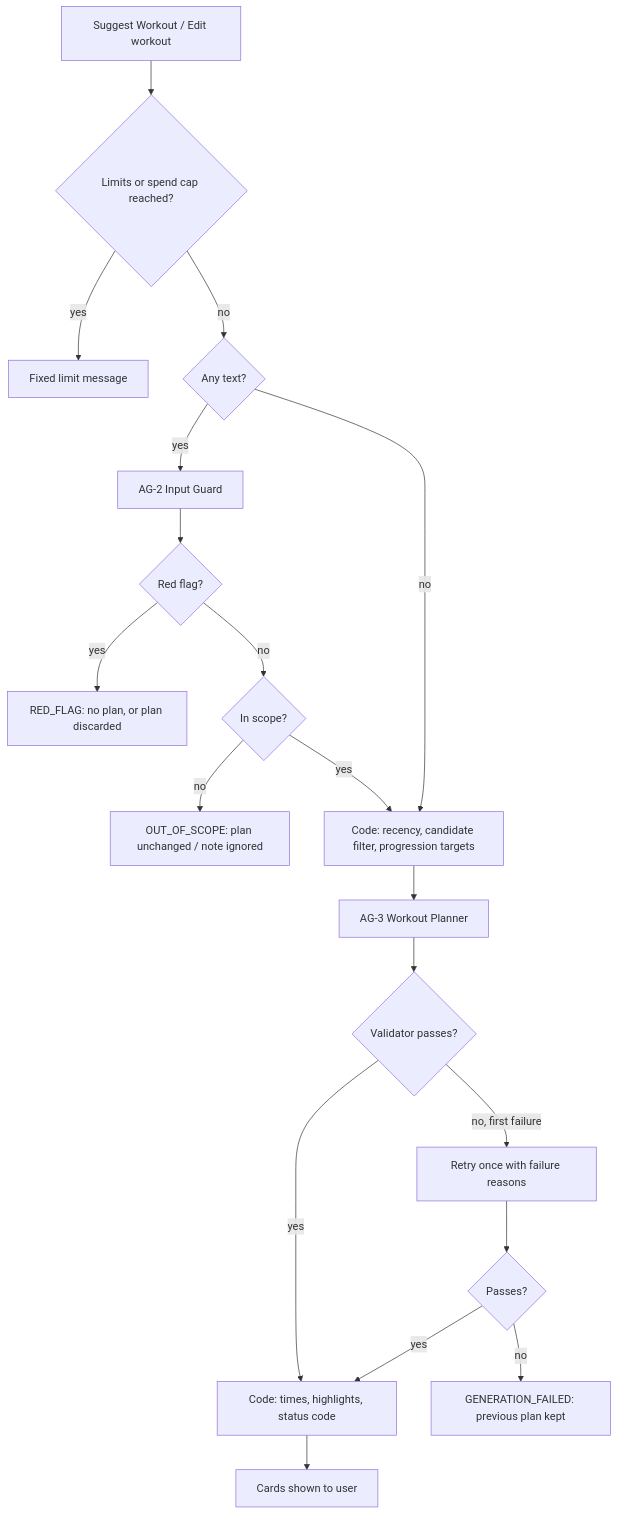
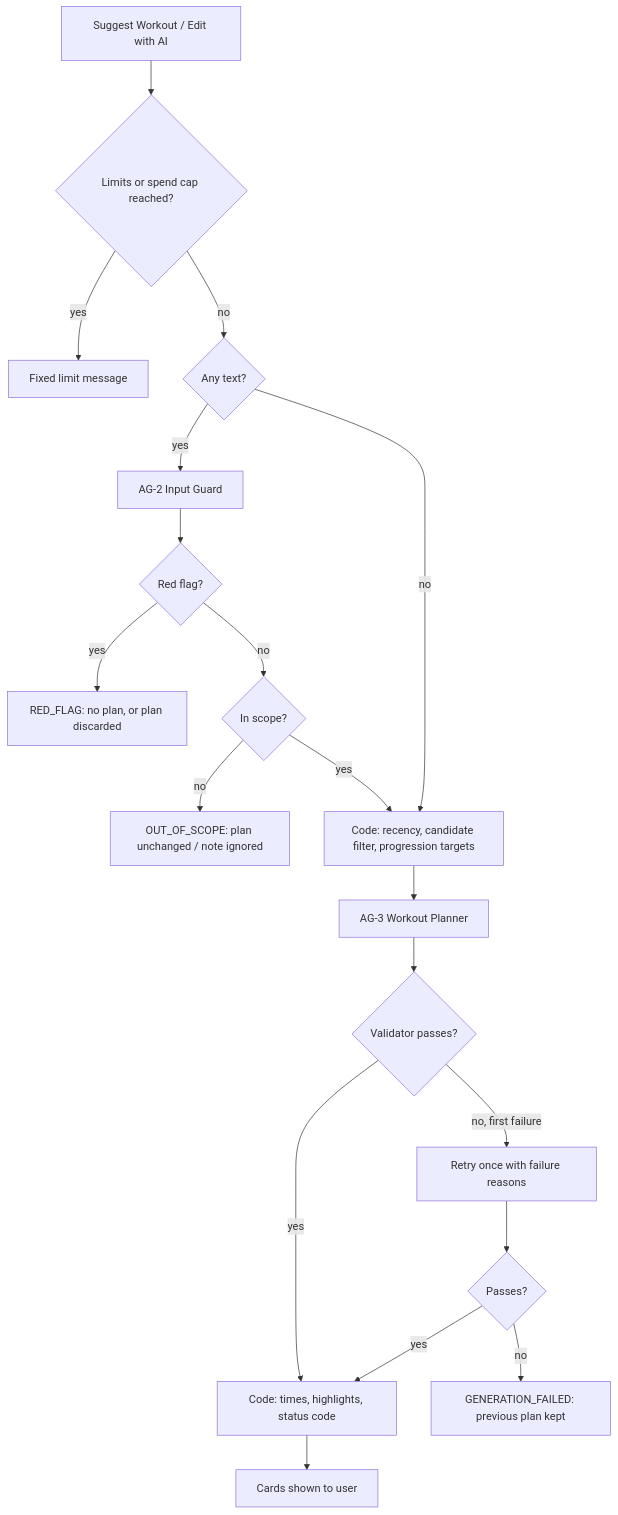
Before and after one commit to dbaid-code/fitness-coach: the second of 2 diagrams in docs/gym-coach-prd.md, drawn with Mermaid. The commit also changed other lines of this file and 9 other files, not shown here.

````diff
--- a/docs/gym-coach-prd.md
+++ b/docs/gym-coach-prd.md
@@ -322,19 +323,19 @@
 ```mermaid
 flowchart TD
-    A[Suggest Workout / Edit workout] --> B{Limits or spend cap reached?}
+    A[Suggest Workout / Edit with AI] --> B{Limits or spend cap reached?}
     B -- yes --> M1[Fixed limit message]
     B -- no --> C{Any text?}
     C -- yes --> G[AG-2 Input Guard]
     G --> R{Red flag?}
     R -- yes --> M2["RED_FLAG: no plan, or plan discarded"]
     R -- no --> S{In scope?}
     S -- no --> M3["OUT_OF_SCOPE: plan unchanged / note ignored"]
     S -- yes --> D
     C -- no --> D[Code: recency, candidate filter, progression targets]
     D --> P[AG-3 Workout Planner]
     P --> V{Validator passes?}
     V -- yes --> T[Code: times, highlights, status code] --> U[Cards shown to user]
     V -- no, first failure --> P2[Retry once with failure reasons] --> V2{Passes?}
     V2 -- yes --> T
     V2 -- no --> M4["GENERATION_FAILED: previous plan kept"]
 ```
````
